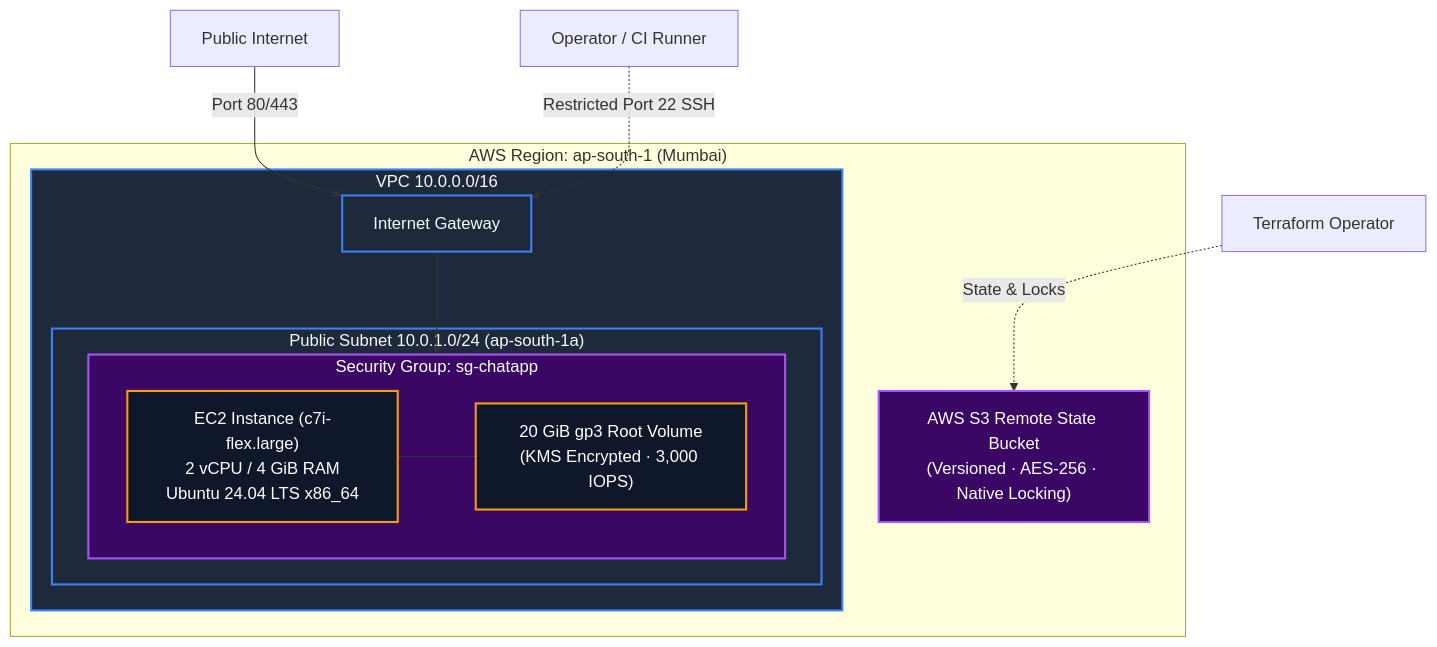
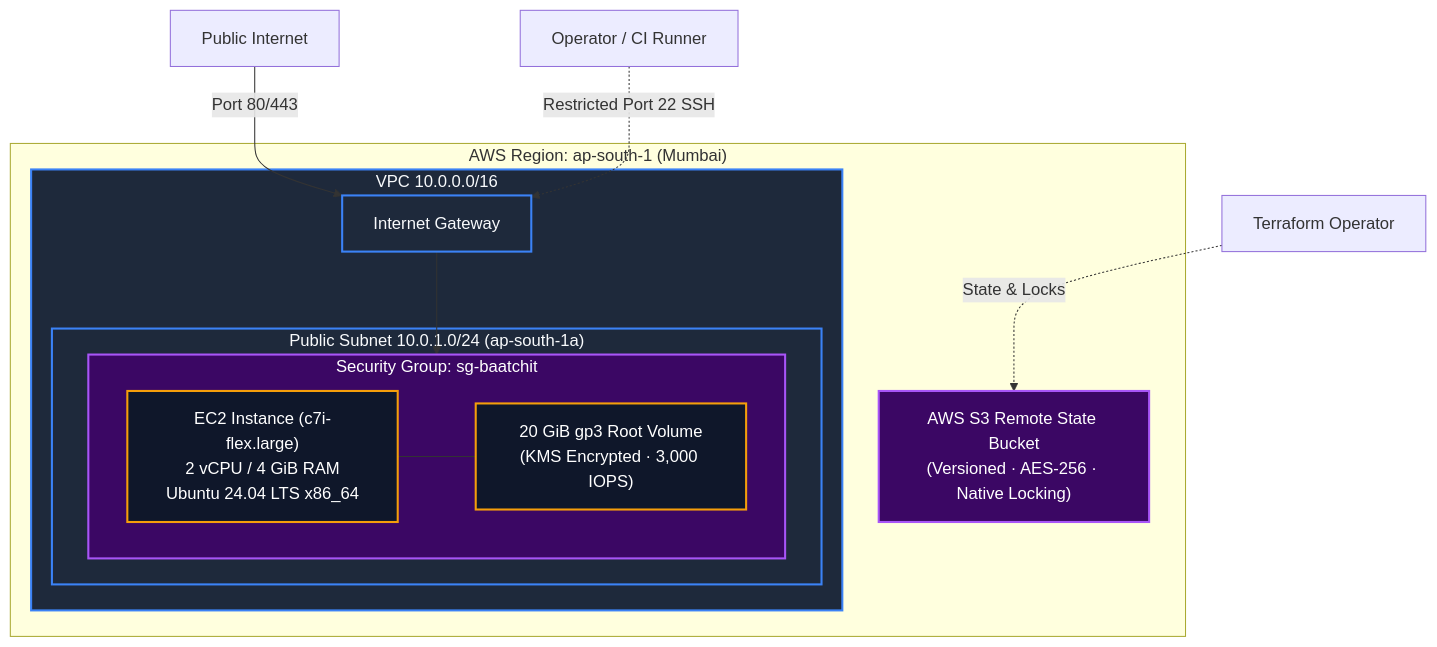
The diagram in docs/INFRASTRUCTURE.md (pawankgandhi15/Chat_App), drawn with Mermaid before and after one commit. The commit also changed other lines of this file and 68 other files, not shown here.

````diff
--- a/docs/INFRASTRUCTURE.md
+++ b/docs/INFRASTRUCTURE.md
@@ -13,28 +13,28 @@
 ```mermaid
 flowchart TD
     subgraph Region["AWS Region: ap-south-1 (Mumbai)"]
         subgraph VPC["VPC 10.0.0.0/16"]
             IGW["Internet Gateway"]
             subgraph Subnet["Public Subnet 10.0.1.0/24 (ap-south-1a)"]
-                subgraph SG["Security Group: sg-chatapp"]
+                subgraph SG["Security Group: sg-baatchit"]
                     EC2["EC2 Instance (c7i-flex.large)<br/>2 vCPU / 4 GiB RAM<br/>Ubuntu 24.04 LTS x86_64"]
                     EBS["20 GiB gp3 Root Volume<br/>(KMS Encrypted · 3,000 IOPS)"]
                 end
             end
         end
         S3["AWS S3 Remote State Bucket<br/>(Versioned · AES-256 · Native Locking)"]
     end
 
     Internet["Public Internet"] -->|Port 80/443| IGW
     Admin["Operator / CI Runner"] -.->|Restricted Port 22 SSH| IGW
     IGW --> SG
     EC2 --- EBS
     Terraform["Terraform Operator"] -.->|State & Locks| S3
 
     classDef net fill:#1e293b,stroke:#3b82f6,stroke-width:2px,color:#f8fafc;
     classDef comp fill:#0f172a,stroke:#f59e0b,stroke-width:2px,color:#ffffff;
     classDef sec fill:#3b0764,stroke:#a855f7,stroke-width:2px,color:#ffffff;
     class IGW,VPC,Subnet net;
     class EC2,EBS comp;
     class SG,S3 sec;
 ```
````
